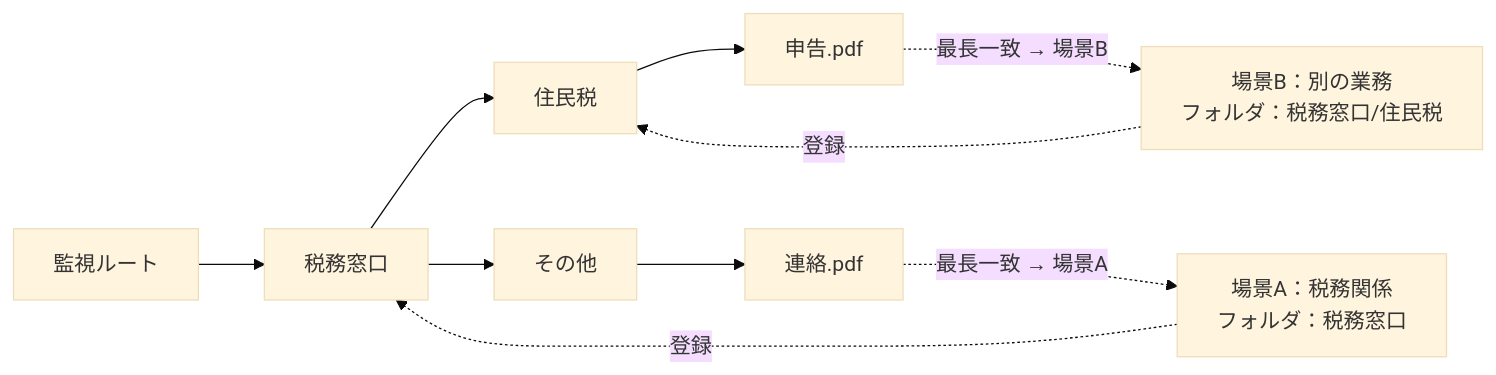
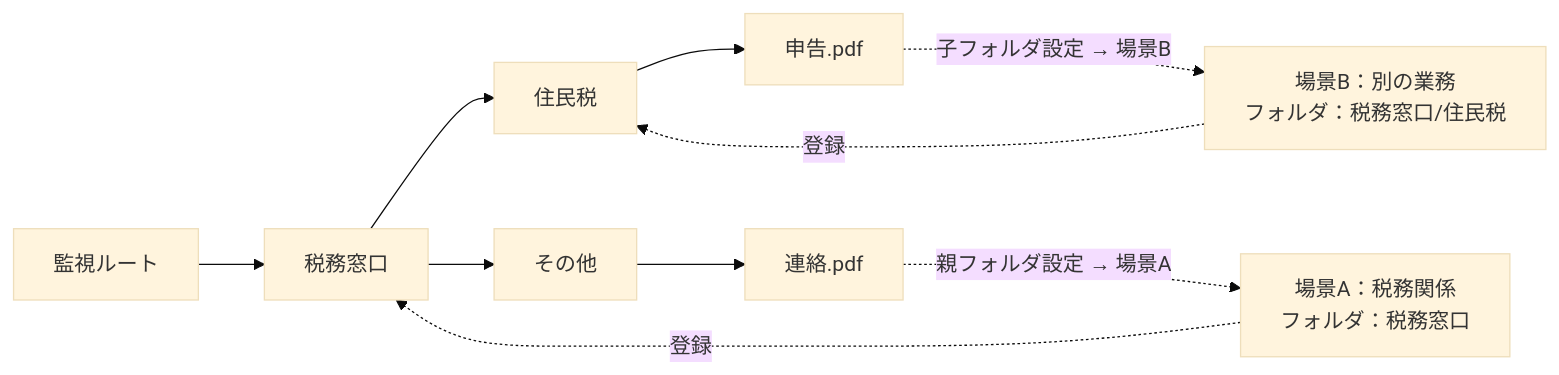
One commit to aruirage/Densan-Demo changed the third of 3 diagrams in demo/PRD.zh-CN.md. Above: the diagram before and after it, drawn with Mermaid (base theme). The commit also changed other lines of this file and 3 other files, not shown here.

````diff
--- a/demo/PRD.zh-CN.md
+++ b/demo/PRD.zh-CN.md
@@ -89,12 +89,12 @@
 ```mermaid
 flowchart LR
   R["監視ルート"] --> F1["税務窓口"]
   F1 --> F2["住民税"]
   F1 --> F3["その他"]
   F2 --> P1["申告.pdf"]
   F3 --> P2["連絡.pdf"]
   SA["場景A：税務関係<br/>フォルダ：税務窓口"] -.->|"登録"| F1
   SB["場景B：別の業務<br/>フォルダ：税務窓口/住民税"] -.->|"登録"| F2
-  P1 -.->|"最長一致 → 場景B"| SB
-  P2 -.->|"最長一致 → 場景A"| SA
+  P1 -.->|"子フォルダ設定 → 場景B"| SB
+  P2 -.->|"親フォルダ設定 → 場景A"| SA
 ```
````
